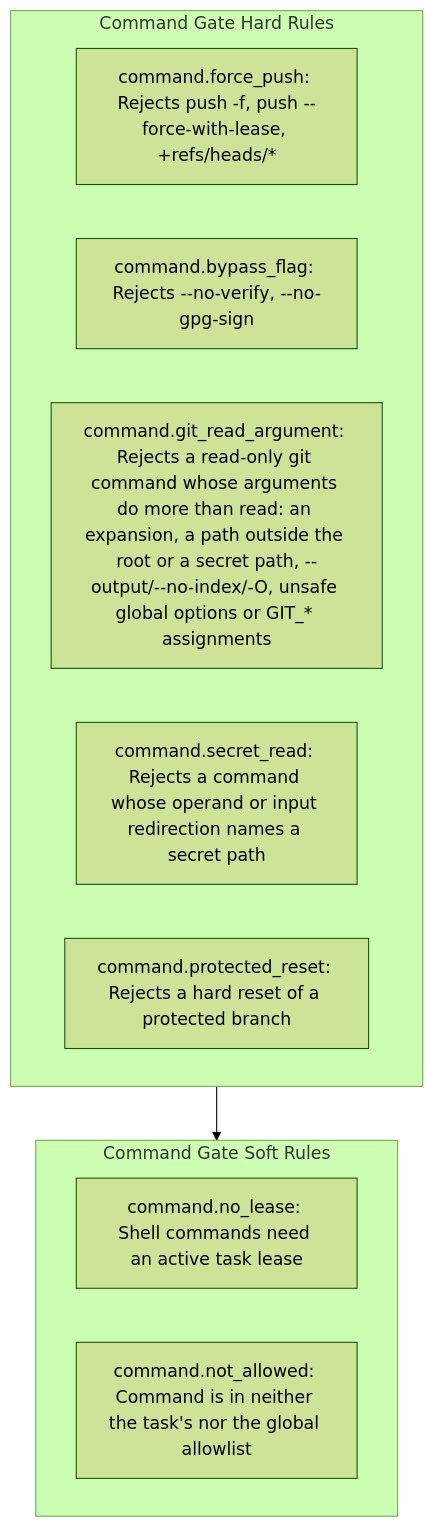
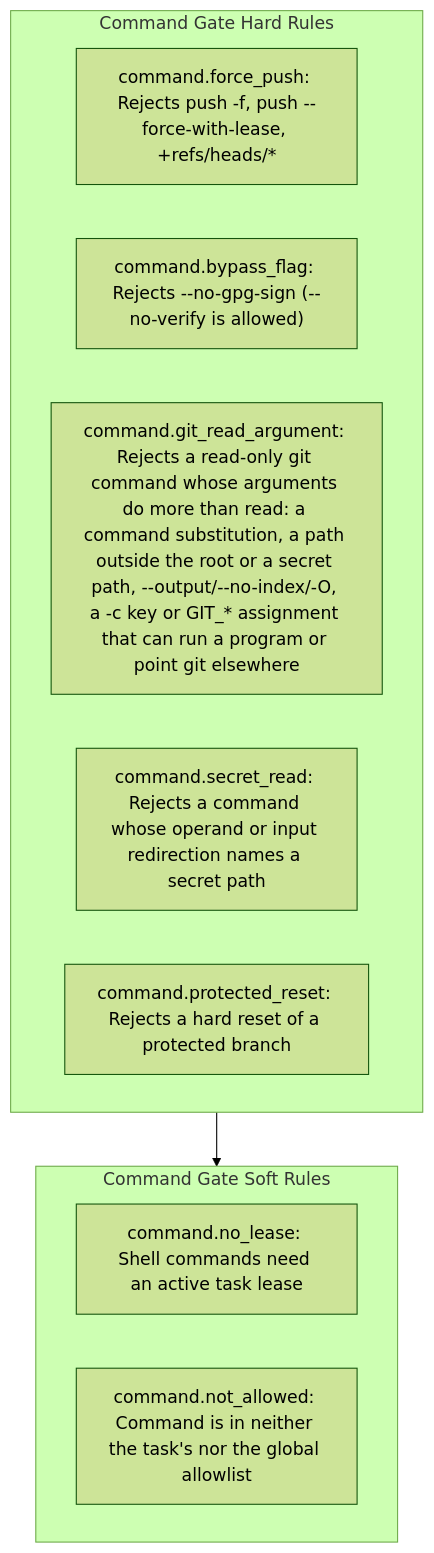
Before and after one commit to bharathvbcr/Manvi: the fourth of 7 diagrams in docs/POLICY_AND_SAFETY.md, drawn with Mermaid (forest theme). The commit also changed other lines of this file and 2 other files, not shown here.

First line of the commit message:
test(serve): follow the command gate's 2026-10-24 owner decisions in tests and docs

````diff
--- a/docs/POLICY_AND_SAFETY.md
+++ b/docs/POLICY_AND_SAFETY.md
@@ -112,17 +112,17 @@
 ```mermaid
 flowchart TD
     subgraph HardCmdRules["Command Gate Hard Rules"]
         C1["command.force_push: Rejects push -f, push --force-with-lease, +refs/heads/*"]
-        C2["command.bypass_flag: Rejects --no-verify, --no-gpg-sign"]
-        C3["command.git_read_argument: Rejects a read-only git command whose arguments do more than read: an expansion, a path outside the root or a secret path, --output/--no-index/-O, unsafe global options or GIT_* assignments"]
+        C2["command.bypass_flag: Rejects --no-gpg-sign (--no-verify is allowed)"]
+        C3["command.git_read_argument: Rejects a read-only git command whose arguments do more than read: a command substitution, a path outside the root or a secret path, --output/--no-index/-O, a -c key or GIT_* assignment that can run a program or point git elsewhere"]
         C4["command.secret_read: Rejects a command whose operand or input redirection names a secret path"]
         C5["command.protected_reset: Rejects a hard reset of a protected branch"]
     end
 
     subgraph SoftCmdRules["Command Gate Soft Rules"]
         C6["command.no_lease: Shell commands need an active task lease"]
         C7["command.not_allowed: Command is in neither the task's nor the global allowlist"]
     end
 
     HardCmdRules --> SoftCmdRules
 ```
````
